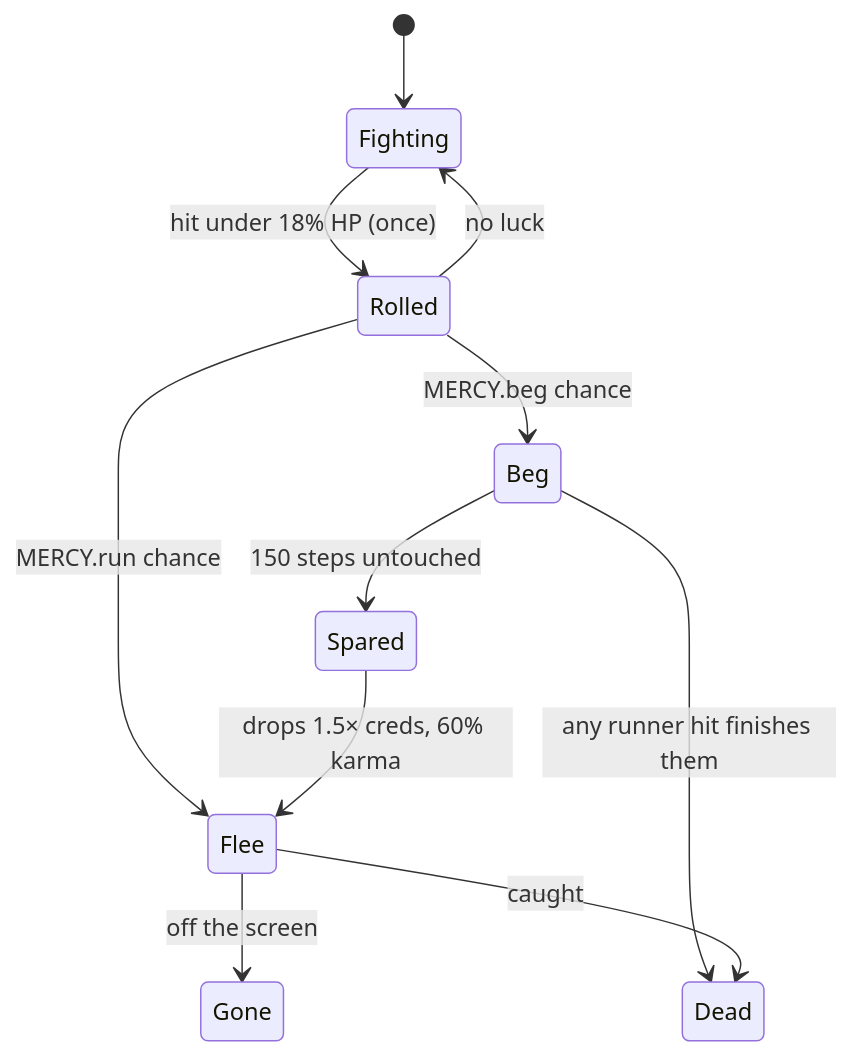
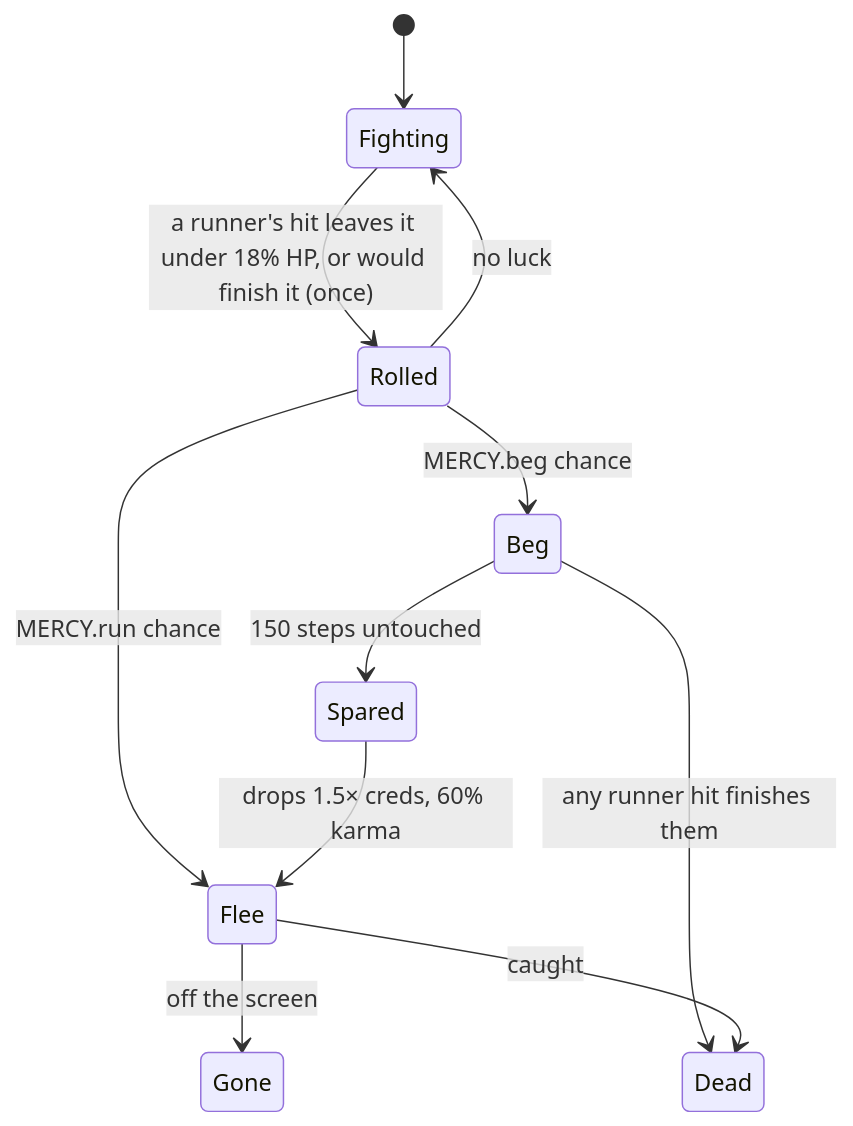
The seventh of 7 diagrams in docs/wiki/Combat.md (CptNope/Cyber-City-Tactics), drawn with Mermaid before and after one commit. The commit also changed other lines of this file and 21 other files, not shown here.

````diff
--- a/docs/wiki/Combat.md
+++ b/docs/wiki/Combat.md
@@ -194,13 +194,13 @@
 ```mermaid
 stateDiagram-v2
   [*] --> Fighting
-  Fighting --> Rolled: hit under 18% HP (once)
+  Fighting --> Rolled: a runner's hit leaves it under 18% HP, or would finish it (once)
   Rolled --> Fighting: no luck
   Rolled --> Beg: MERCY.beg chance
   Rolled --> Flee: MERCY.run chance
   Beg --> Spared: 150 steps untouched
   Beg --> Dead: any runner hit finishes them
   Spared --> Flee: drops 1.5× creds, 60% karma
   Flee --> Gone: off the screen
   Flee --> Dead: caught
 ```
````
